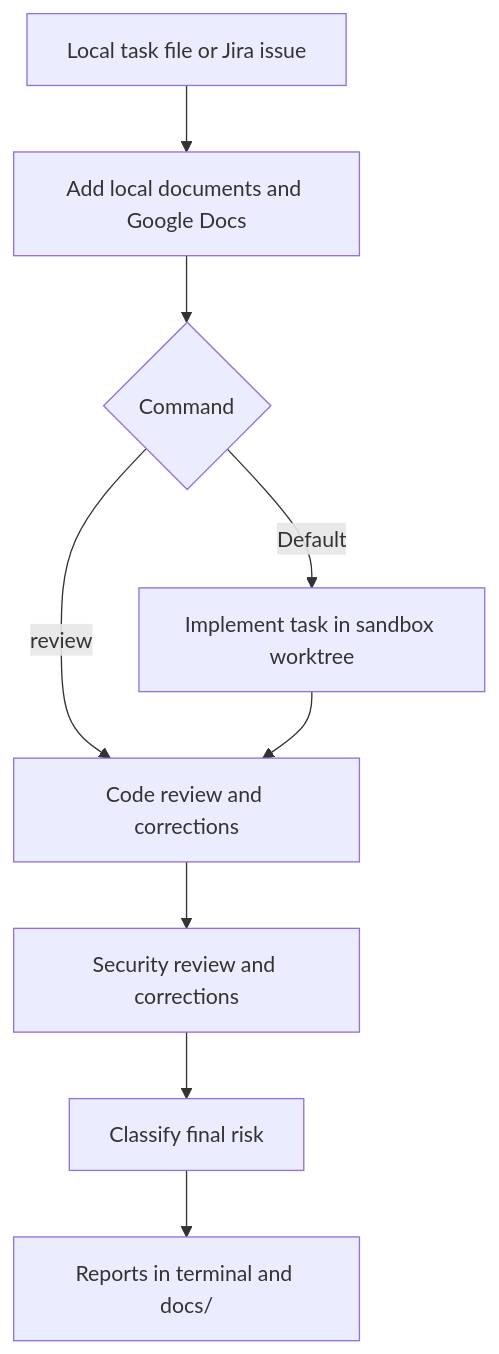
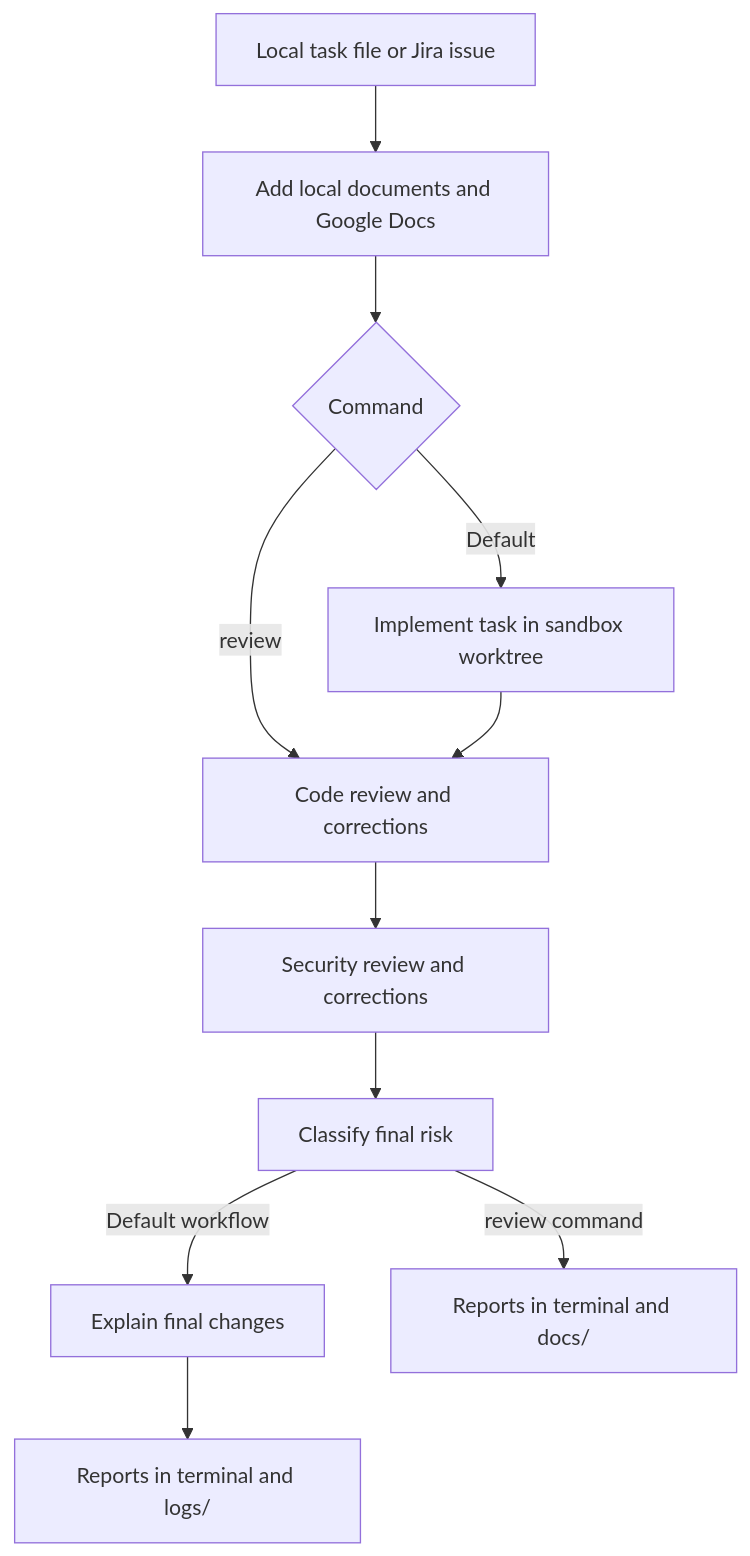
Before and after one commit to ernesto27/ai-tools: the diagram in soft-factory/README.md, drawn with Mermaid. The commit also changed other lines of this file and 10 other files, not shown here.

````diff
--- a/soft-factory/README.md
+++ b/soft-factory/README.md
@@ -221,11 +225,13 @@
 ```mermaid
 flowchart TD
     Task[Local task file or Jira issue] --> Context[Add local documents and Google Docs]
     Context --> Mode{Command}
     Mode -->|Default| Implement[Implement task in sandbox worktree]
     Mode -->|review| Code[Code review and corrections]
     Implement --> Code
     Code --> Security[Security review and corrections]
     Security --> Risk[Classify final risk]
-    Risk --> Reports[Reports in terminal and docs/]
+    Risk -->|Default workflow| Changes[Explain final changes]
+    Risk -->|review command| ReviewReports[Reports in terminal and docs/]
+    Changes --> DefaultReports[Reports in terminal and logs/]
 ```
````
